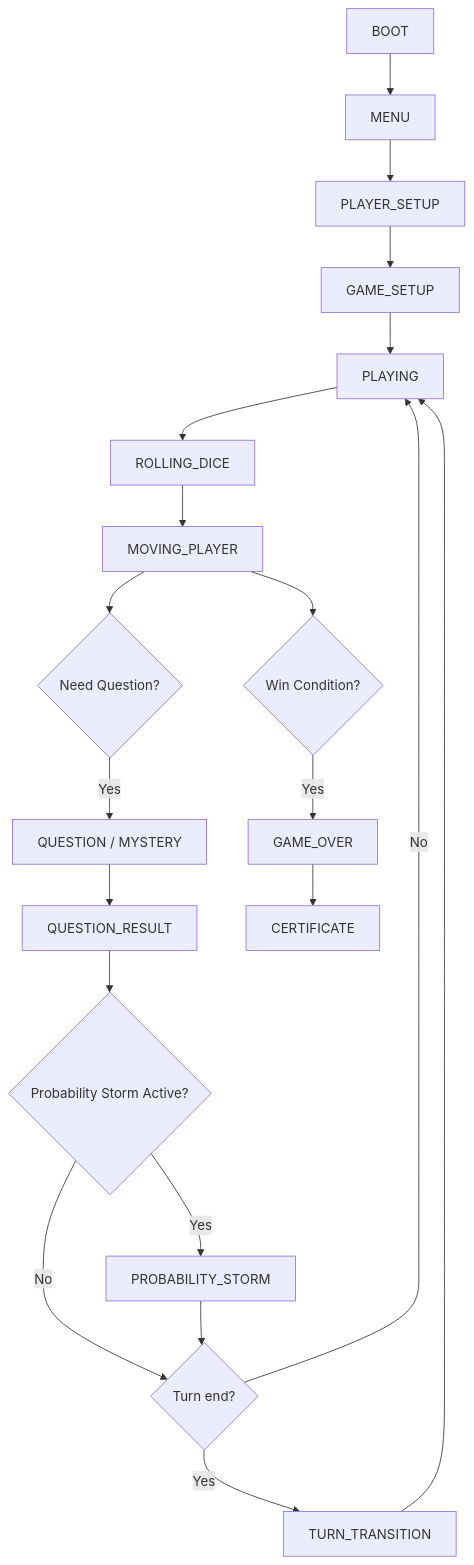
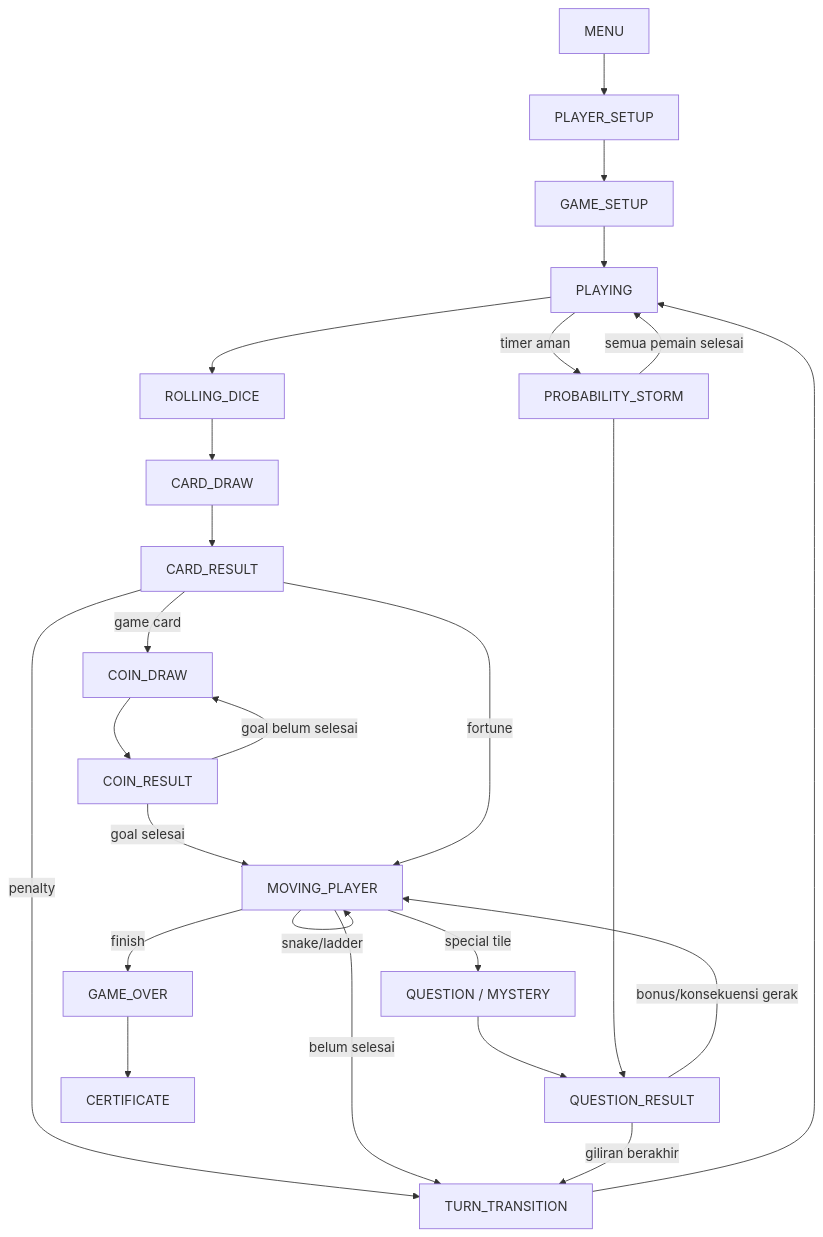
Before and after one commit to icanxPrograming/Snake-And-Ladders-FSM-State: the first of 7 diagrams in flow-and-requirement.md, drawn with Mermaid. The commit also changed other lines of this file and 5 other files, not shown here.

````diff
--- a/flow-and-requirement.md
+++ b/flow-and-requirement.md
@@ -68,22 +28,26 @@
 ```mermaid
 flowchart TD
-    A[BOOT] --> B[MENU]
-    B --> C[PLAYER_SETUP]
-    C --> D[GAME_SETUP]
-    D --> E[PLAYING]
-    E --> F[ROLLING_DICE]
-    F --> G[MOVING_PLAYER]
-    G --> H{Need Question?}
-    H -- Yes --> I[QUESTION / MYSTERY]
-    I --> J[QUESTION_RESULT]
-    J --> K{Probability Storm Active?}
-    K -- Yes --> L[PROBABILITY_STORM]
-    K -- No --> M{Turn end?}
-    L --> M
-    M -- No --> E
-    M -- Yes --> N[TURN_TRANSITION]
-    N --> E
-    G --> O{Win Condition?}
-    O -- Yes --> P[GAME_OVER]
-    P --> Q[CERTIFICATE]
+  MENU --> SETUP[PLAYER_SETUP]
+  SETUP --> GAME_SETUP --> PLAYING
+  PLAYING --> ROLL[ROLLING_DICE]
+  ROLL --> CARD[CARD_DRAW]
+  CARD --> CARD_RESULT
+  CARD_RESULT -->|game card| COIN[COIN_DRAW]
+  COIN --> COIN_RESULT
+  COIN_RESULT -->|goal belum selesai| COIN
+  COIN_RESULT -->|goal selesai| MOVE[MOVING_PLAYER]
+  CARD_RESULT -->|fortune| MOVE
+  CARD_RESULT -->|penalty| TURN[TURN_TRANSITION]
+  MOVE -->|special tile| QUESTION[QUESTION / MYSTERY]
+  MOVE -->|snake/ladder| MOVE
+  MOVE -->|belum selesai| TURN
+  MOVE -->|finish| OVER[GAME_OVER]
+  QUESTION --> RESULT[QUESTION_RESULT]
+  RESULT -->|bonus/konsekuensi gerak| MOVE
+  RESULT -->|giliran berakhir| TURN
+  PLAYING -->|timer aman| STORM[PROBABILITY_STORM]
+  STORM --> RESULT
+  STORM -->|semua pemain selesai| PLAYING
+  TURN --> PLAYING
+  OVER --> CERT[CERTIFICATE]
 ```
````
